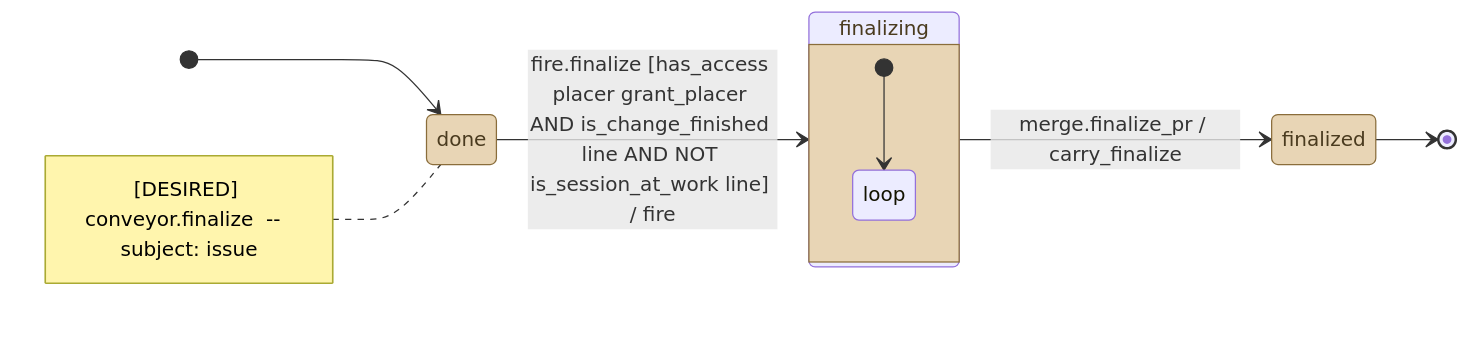
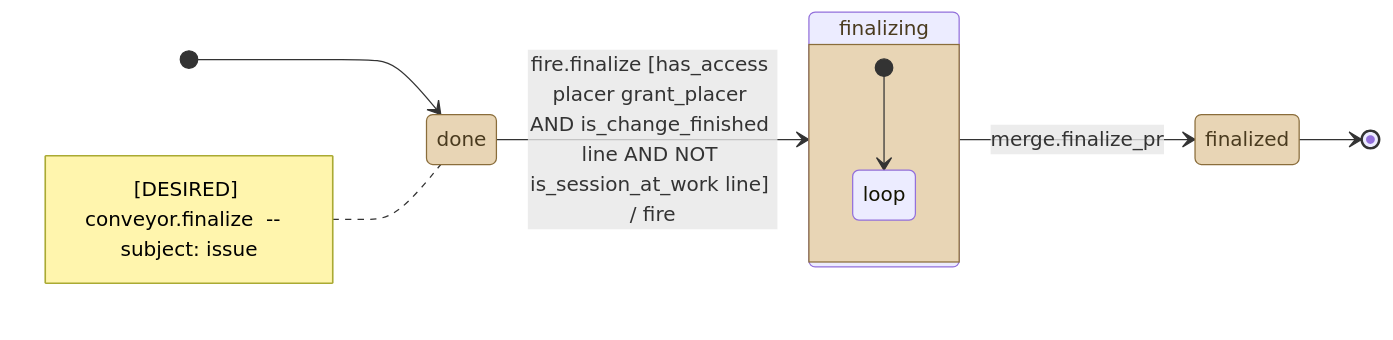
One commit to kostiantyn-matsebora/agent-ops-operator changed the diagram in .github/conveyor-model/mermaid/desired/conveyor_finalize.mmd. Above: the diagram before and after it, drawn with Mermaid. The commit also changed 3 other files, not shown here.

```diff
--- a/.github/conveyor-model/mermaid/desired/conveyor_finalize.mmd
+++ b/.github/conveyor-model/mermaid/desired/conveyor_finalize.mmd
@@ -1,19 +1,19 @@
 stateDiagram-v2
     direction LR
     [*] --> done
     note left of done
         [DESIRED] conveyor.finalize  --  subject: issue
     end note
     classDef stationState fill:#e8d5b5,stroke:#8a6d3b,color:#4a3b1f
     classDef loopState fill:#c9e4de,stroke:#2f6b5e,color:#1a3b33
     state done
     state finalizing
     state finalized
     done --> finalizing : fire.finalize [has_access placer grant_placer AND is_change_finished line AND NOT is_session_at_work line] / fire
-    finalizing --> finalized : merge.finalize_pr / carry_finalize
+    finalizing --> finalized : merge.finalize_pr
     finalized --> [*]
     class done, finalizing, finalized stationState
     state finalizing {
         [*] --> loop
         state "loop" as loop
     }
```
